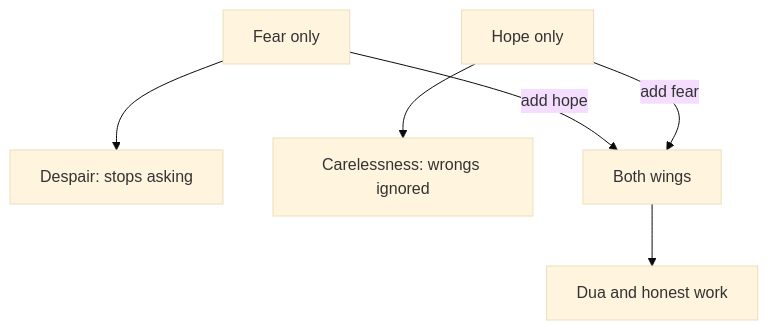
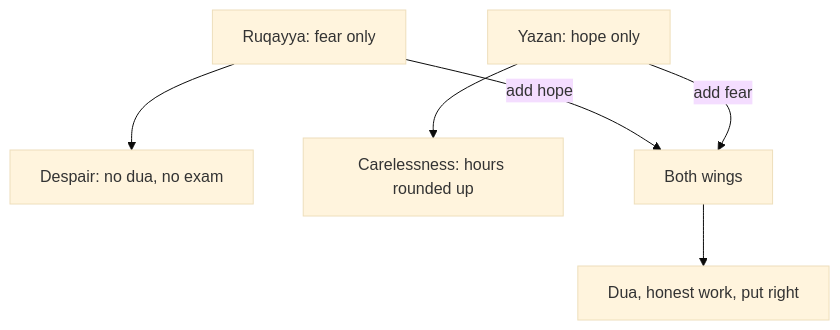
Before and after one commit to Muhammad-AnasKhan/Buildment: the diagram in content/import/faith-and-resilience/04-gratitude-and-hope/04.03-hope-and-fear-in-balance.md, drawn with Mermaid (base theme). The commit also changed other lines of this file and 19 other files, not shown here.

````diff
--- a/content/import/faith-and-resilience/04-gratitude-and-hope/04.03-hope-and-fear-in-balance.md
+++ b/content/import/faith-and-resilience/04-gratitude-and-hope/04.03-hope-and-fear-in-balance.md
@@ -87,8 +87,8 @@
 ```mermaid
 flowchart TD
-  A["Fear only"] --> B["Despair: stops asking"]
-  C["Hope only"] --> D["Carelessness: wrongs ignored"]
+  A["Ruqayya: fear only"] --> B["Despair: no dua, no exam"]
+  C["Yazan: hope only"] --> D["Carelessness: hours rounded up"]
   A -->|"add hope"| E["Both wings"]
   C -->|"add fear"| E
-  E --> F["Dua and honest work"]
+  E --> F["Dua, honest work, put right"]
 ```
````
